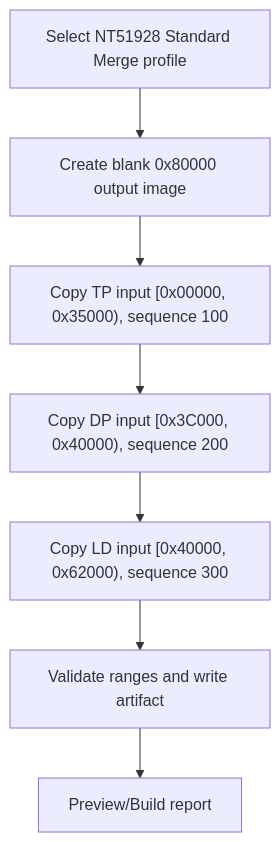
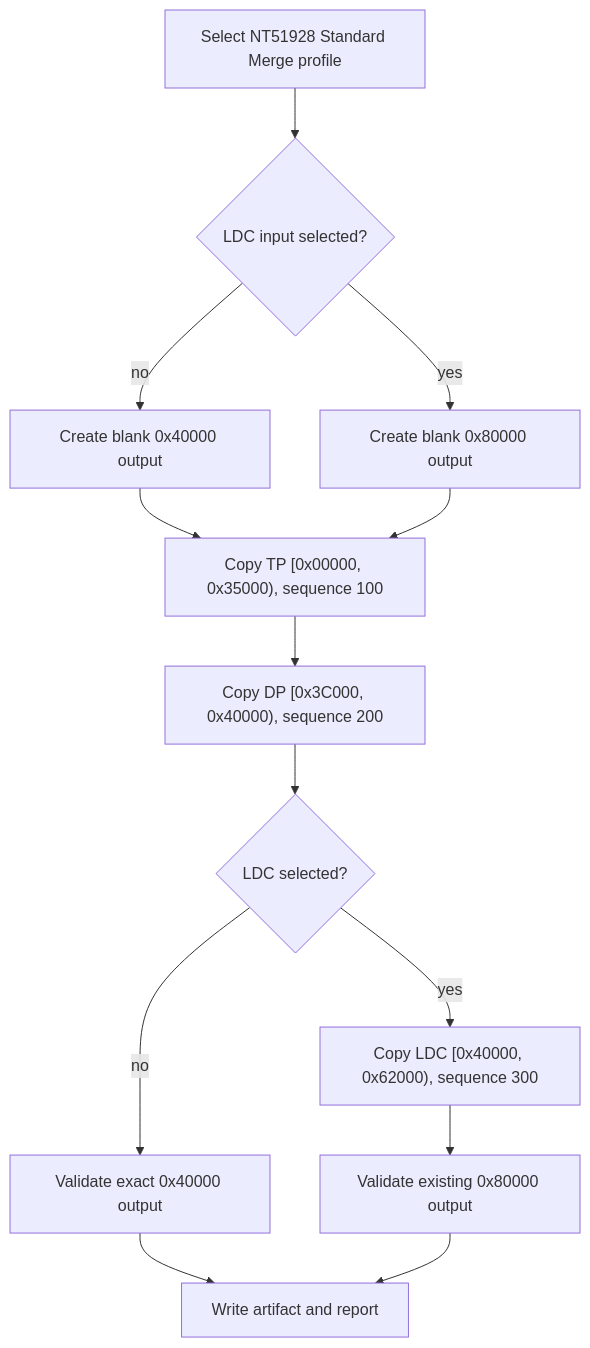
The fourth of 15 diagrams in docs/architecture/ic-workflow-flowcharts.md (Dennis40816/nvt_fw_combiner), drawn with Mermaid before and after one commit. The commit also changed other lines of this file and 57 other files, not shown here.

````diff
--- a/docs/architecture/ic-workflow-flowcharts.md
+++ b/docs/architecture/ic-workflow-flowcharts.md
@@ -167,9 +167,15 @@
 ```mermaid
 flowchart TD
-    A["Select NT51928 Standard Merge profile"] --> B["Create blank 0x80000 output image"]
-    B --> C["Copy TP input [0x00000, 0x35000), sequence 100"]
-    C --> D["Copy DP input [0x3C000, 0x40000), sequence 200"]
-    D --> E["Copy LD input [0x40000, 0x62000), sequence 300"]
-    E --> F["Validate ranges and write artifact"]
-    F --> G["Preview/Build report"]
+    A["Select NT51928 Standard Merge profile"] --> B{"LDC input selected?"}
+    B -- "no" --> C["Create blank 0x40000 output"]
+    B -- "yes" --> D["Create blank 0x80000 output"]
+    C --> E["Copy TP [0x00000, 0x35000), sequence 100"]
+    D --> E
+    E --> F["Copy DP [0x3C000, 0x40000), sequence 200"]
+    F --> G{"LDC selected?"}
+    G -- "no" --> I["Validate exact 0x40000 output"]
+    G -- "yes" --> H["Copy LDC [0x40000, 0x62000), sequence 300"]
+    H --> J["Validate existing 0x80000 output"]
+    I --> K["Write artifact and report"]
+    J --> K
 ```
````
